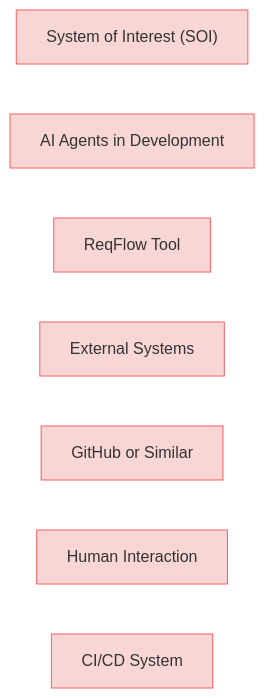
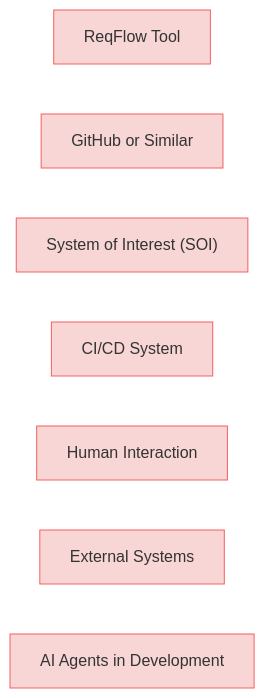
One commit to reqvire-org/reqvire changed the first of 2 diagrams in specifications/Usecases.md. Above: the diagram before and after it, drawn with Mermaid. The commit also changed other lines of this file and 17 other files, not shown here.

````diff
--- a/specifications/Usecases.md
+++ b/specifications/Usecases.md
@@ -5,30 +5,30 @@
 ```mermaid
 graph LR;
   %% Graph styling
   classDef requirement fill:#f9d6d6,stroke:#f55f5f,stroke-width:1px;
   classDef verification fill:#d6f9d6,stroke:#5fd75f,stroke-width:1px;
   classDef externalLink fill:#d0e0ff,stroke:#3080ff,stroke-width:1px;
   classDef default fill:#f5f5f5,stroke:#333333,stroke-width:1px;
 
+  d5b0f3d359["ReqFlow Tool"];
+  click d5b0f3d359 "Usecases.md#reqflow-tool";
+  class d5b0f3d359 requirement;
+  1df1330ea0["GitHub or Similar"];
+  click 1df1330ea0 "Usecases.md#github-or-similar";
+  class 1df1330ea0 requirement;
   86fecce1d6["System of Interest (SOI)"];
   click 86fecce1d6 "Usecases.md#system-of-interest-soi";
   class 86fecce1d6 requirement;
+  2e9c51c95d["CI/CD System"];
+  click 2e9c51c95d "Usecases.md#ci/cd-system";
+  class 2e9c51c95d requirement;
+  42704f2447["Human Interaction"];
+  click 42704f2447 "Usecases.md#human-interaction";
+  class 42704f2447 requirement;
+  c8dea69e6b["External Systems"];
+  click c8dea69e6b "Usecases.md#external-systems";
+  class c8dea69e6b requirement;
   e17b2dcca4["AI Agents in Development"];
   click e17b2dcca4 "Usecases.md#ai-agents-in-development";
   class e17b2dcca4 requirement;
-  d5b0f3d359["ReqFlow Tool"];
-  click d5b0f3d359 "Usecases.md#reqflow-tool";
-  class d5b0f3d359 requirement;
-  c8dea69e6b["External Systems"];
-  click c8dea69e6b "Usecases.md#external-systems";
-  class c8dea69e6b requirement;
-  1df1330ea0["GitHub or Similar"];
-  click 1df1330ea0 "Usecases.md#github-or-similar";
-  class 1df1330ea0 requirement;
-  42704f2447["Human Interaction"];
-  click 42704f2447 "Usecases.md#human-interaction";
-  class 42704f2447 requirement;
-  2e9c51c95d["CI/CD System"];
-  click 2e9c51c95d "Usecases.md#ci/cd-system";
-  class 2e9c51c95d requirement;
 ```
````
